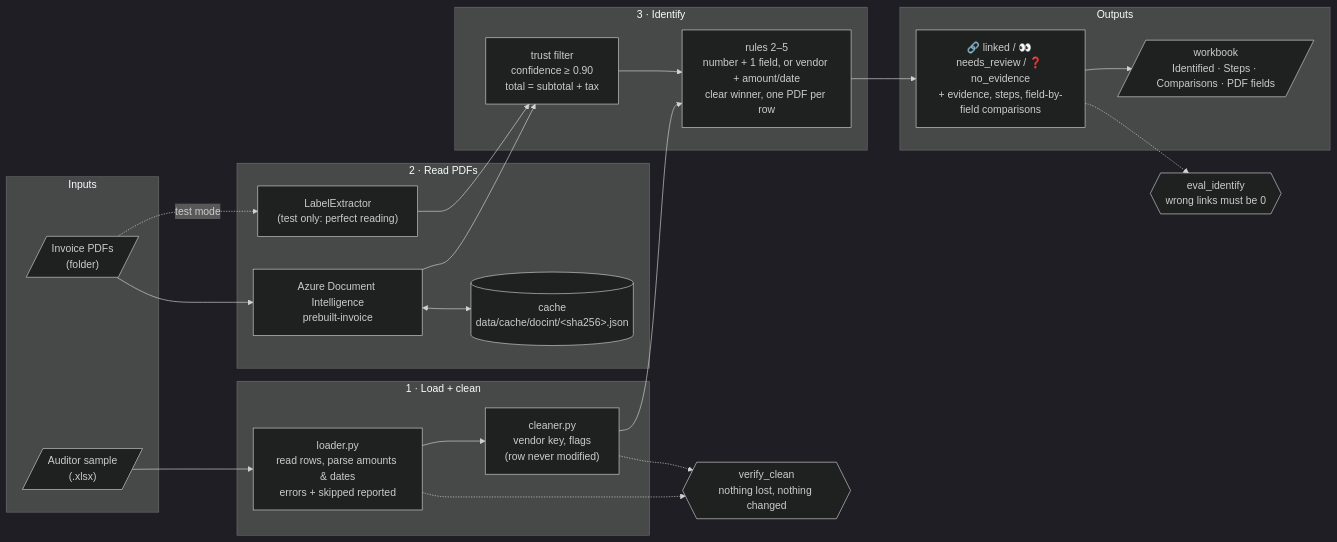
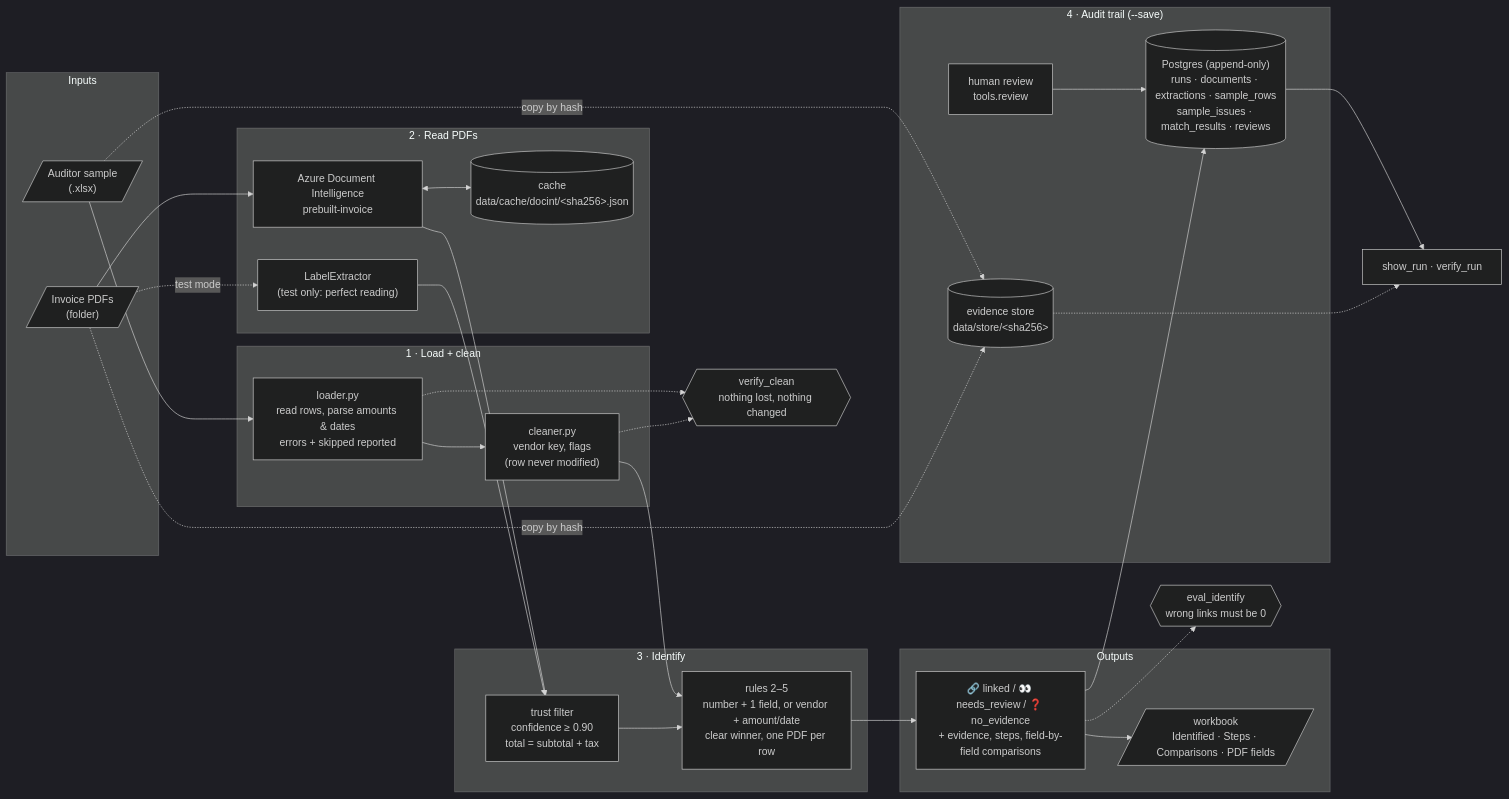
The diagram in tickmark/docs/PROGRESS.md (musishere/Warden-tickmark), drawn with Mermaid (dark theme) before and after one commit. The commit also changed other lines of this file and 29 other files, not shown here.

First line of the commit message:
feat: implement PostgreSQL audit trail and evidence storage for Tickmark

````diff
--- a/tickmark/docs/PROGRESS.md
+++ b/tickmark/docs/PROGRESS.md
@@ -8,41 +8,53 @@
 ```mermaid
 flowchart LR
     subgraph IN["Inputs"]
         X[/"Auditor sample<br/>(.xlsx)"/]
         P[/"Invoice PDFs<br/>(folder)"/]
     end
 
     subgraph S1["1 · Load + clean"]
         L["loader.py<br/>read rows, parse amounts & dates<br/>errors + skipped reported"]
         C["cleaner.py<br/>vendor key, flags<br/>(row never modified)"]
     end
 
     subgraph S2["2 · Read PDFs"]
         A["Azure Document Intelligence<br/>prebuilt-invoice"]
         K[("cache<br/>data/cache/docint/&lt;sha256&gt;.json")]
         F["LabelExtractor<br/>(test only: perfect reading)"]
     end
 
     subgraph S3["3 · Identify"]
         T["trust filter<br/>confidence ≥ 0.90<br/>total = subtotal + tax"]
         M["rules 2–5<br/>number + 1 field, or vendor + amount/date<br/>clear winner, one PDF per row"]
     end
 
     subgraph OUT["Outputs"]
         R["🔗 linked / 👀 needs_review / ❓ no_evidence<br/>+ evidence, steps, field-by-field comparisons"]
         W[/"workbook<br/>Identified · Steps · Comparisons · PDF fields"/]
     end
 
+    subgraph S4["4 · Audit trail (--save)"]
+        DB[("Postgres (append-only)<br/>runs · documents · extractions · sample_rows<br/>sample_issues · match_results · reviews")]
+        ES[("evidence store<br/>data/store/&lt;sha256&gt;")]
+        H["human review<br/>tools.review"]
+    end
+
     X --> L --> C --> M
     P --> A <--> K
     P -. test mode .-> F
     A --> T
     F --> T
     T --> M --> R --> W
+    R --> DB
+    X -. copy by hash .-> ES
+    P -. copy by hash .-> ES
+    H --> DB
+    DB --> SR["show_run · verify_run"]
+    ES -.-> SR
 
     V{{"verify_clean<br/>nothing lost, nothing changed"}}
     E{{"eval_identify<br/>wrong links must be 0"}}
     L -.-> V
     C -.-> V
     R -.-> E
 ```
````
